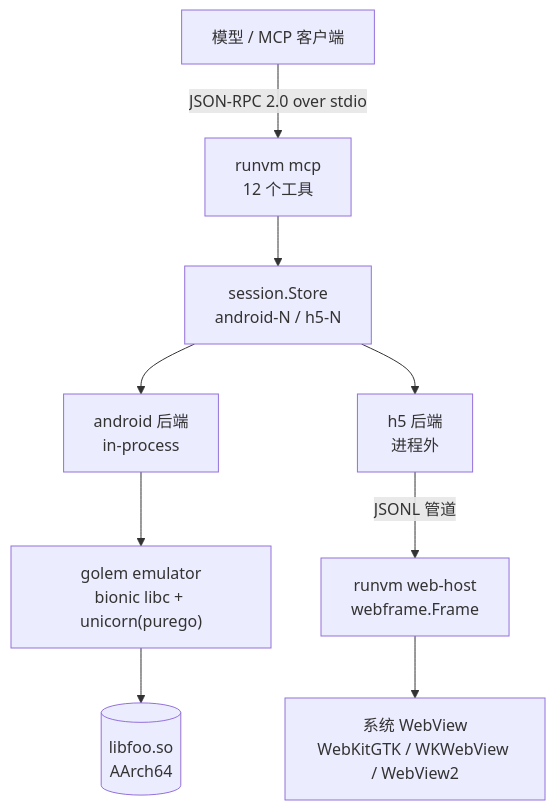
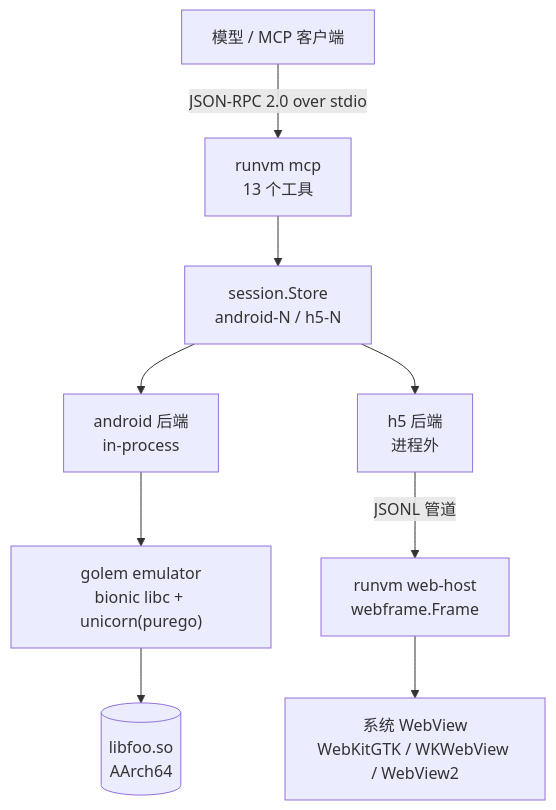
One commit to dolfly/runvm changed the diagram in README.md. Above: the diagram before and after it, drawn with Mermaid. The commit also changed other lines of this file and 20 other files, not shown here.

````diff
--- a/README.md
+++ b/README.md
@@ -18,11 +18,11 @@
 ```mermaid
 flowchart TB
-  M["模型 / MCP 客户端"] -->|"JSON-RPC 2.0 over stdio"| S["runvm mcp<br/>12 个工具"]
+  M["模型 / MCP 客户端"] -->|"JSON-RPC 2.0 over stdio"| S["runvm mcp<br/>13 个工具"]
   S --> REG["session.Store<br/>android-N / h5-N"]
   REG --> A["android 后端<br/>in-process"]
   REG --> H["h5 后端<br/>进程外"]
   A --> G["golem emulator<br/>bionic libc + unicorn(purego)"]
   G --> SO[("libfoo.so<br/>AArch64")]
   H -->|"JSONL 管道"| W["runvm web-host<br/>webframe.Frame"]
   W --> K["系统 WebView<br/>WebKitGTK / WKWebView / WebView2"]
 ```
````
